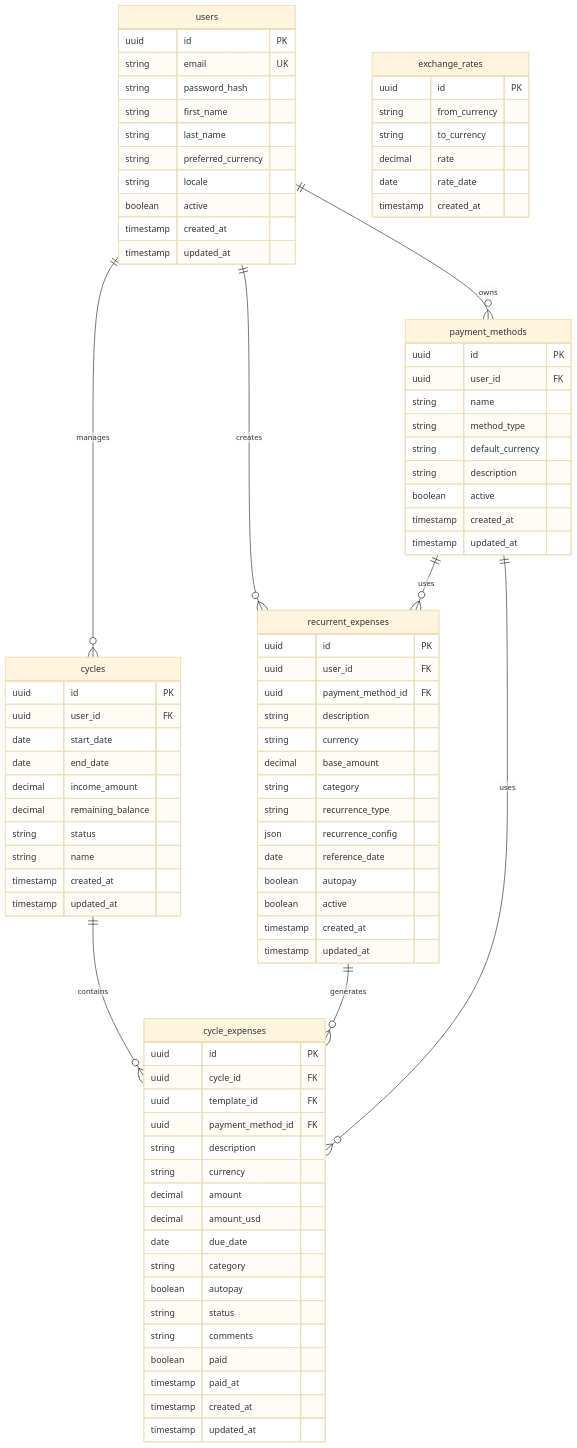
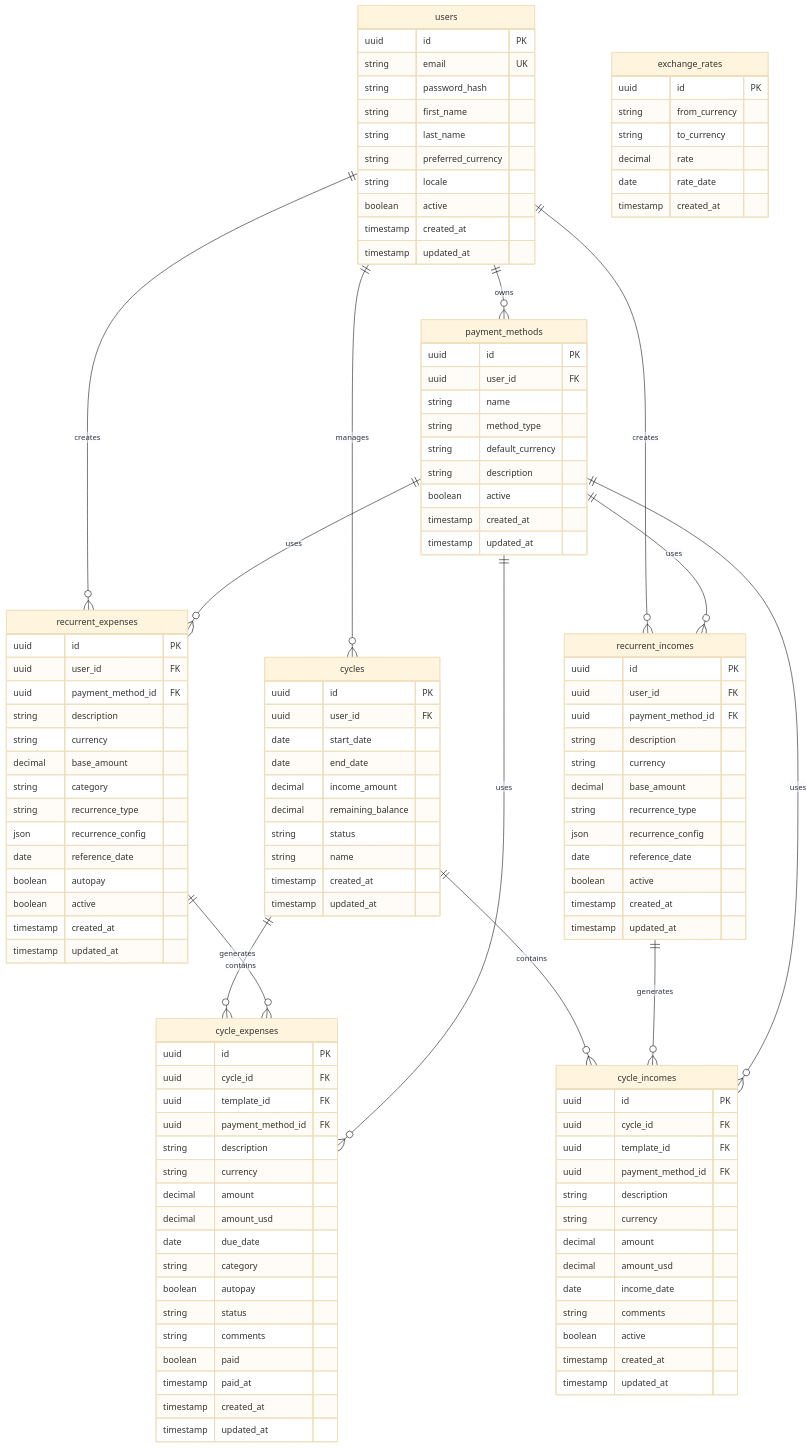
Before and after one commit to jcarranz97/colony: the diagram in docs/architecture/database-schema.md, drawn with Mermaid (base theme). The commit also changed other lines of this file and 30 other files, not shown here.

```diff
--- a/docs/architecture/database-schema.md
+++ b/docs/architecture/database-schema.md
@@ -16,11 +16,16 @@
 erDiagram
     users ||--o{ payment_methods : owns
     users ||--o{ recurrent_expenses : creates
+    users ||--o{ recurrent_incomes : creates
     users ||--o{ cycles : manages
     cycles ||--o{ cycle_expenses : contains
+    cycles ||--o{ cycle_incomes : contains
     recurrent_expenses ||--o{ cycle_expenses : generates
+    recurrent_incomes ||--o{ cycle_incomes : generates
     payment_methods ||--o{ recurrent_expenses : uses
+    payment_methods ||--o{ recurrent_incomes : uses
     payment_methods ||--o{ cycle_expenses : uses
+    payment_methods ||--o{ cycle_incomes : uses
 
     users {
         uuid id PK
@@ -64,6 +69,21 @@
         timestamp updated_at
     }
 
+    recurrent_incomes {
+        uuid id PK
+        uuid user_id FK
+        uuid payment_method_id FK
+        string description
+        string currency
+        decimal base_amount
+        string recurrence_type
+        json recurrence_config
+        date reference_date
+        boolean active
+        timestamp created_at
+        timestamp updated_at
+    }
+
     cycles {
         uuid id PK
         uuid user_id FK
@@ -97,6 +117,22 @@
         timestamp updated_at
     }
 
+    cycle_incomes {
+        uuid id PK
+        uuid cycle_id FK
+        uuid template_id FK
+        uuid payment_method_id FK
+        string description
+        string currency
+        decimal amount
+        decimal amount_usd
+        date income_date
+        string comments
+        boolean active
+        timestamp created_at
+        timestamp updated_at
+    }
+
     exchange_rates {
         uuid id PK
         string from_currency
```
